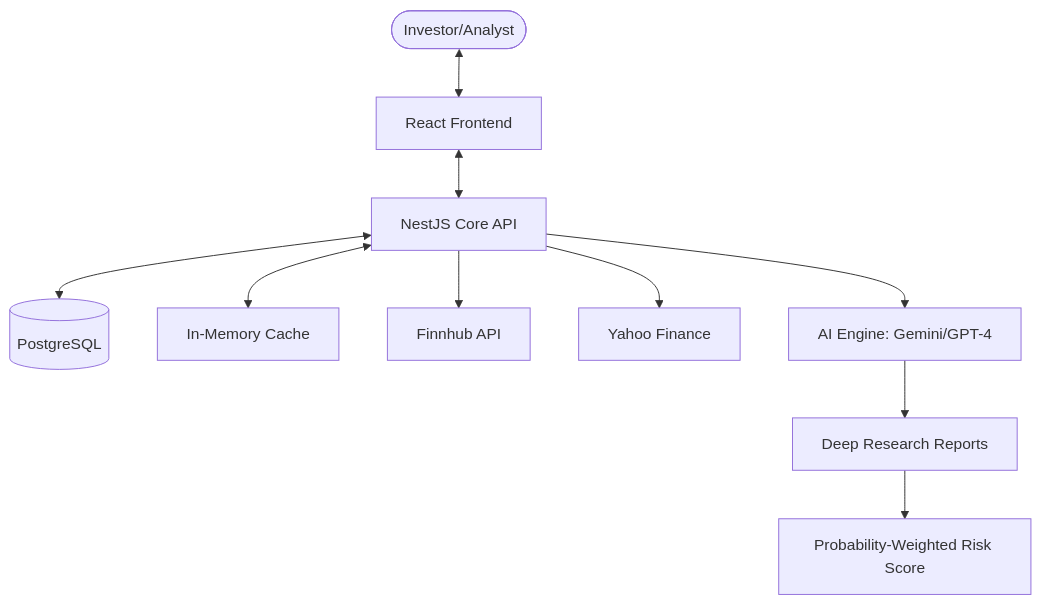
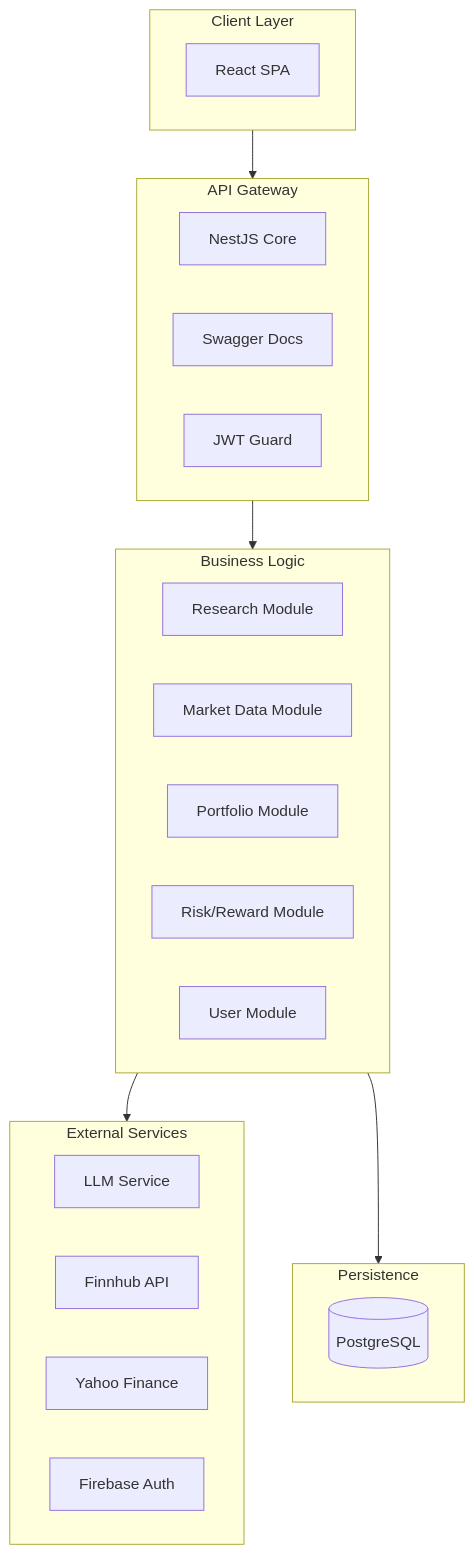
The first of 3 diagrams in README.md (404-Profit-Not-Found/neural-ticker-core), drawn with Mermaid before and after one commit. The commit also changed other lines of this file and 3 other files, not shown here.

````diff
--- a/README.md
+++ b/README.md
@@ -34,12 +25,36 @@
 ```mermaid
-graph TD
-    User([Investor/Analyst]) <--> FE[React Frontend]
-    FE <--> BE[NestJS Core API]
-    BE <--> DB[(PostgreSQL)]
-    BE <--> Redis[In-Memory Cache]
-    BE --> FH[Finnhub API]
-    BE --> YF[Yahoo Finance]
-    BE --> AI[AI Engine: Gemini/GPT-4]
-    AI --> Research[Deep Research Reports]
-    Research --> Scoring[Probability-Weighted Risk Score]
+flowchart TB
+    subgraph Client["Client Layer"]
+        WEB[React SPA]
+    end
+
+    subgraph Gateway["API Gateway"]
+        NEST[NestJS Core]
+        SWAGGER[Swagger Docs]
+        GUARD[JWT Guard]
+    end
+
+    subgraph Business["Business Logic"]
+        RESEARCH[Research Module]
+        MARKET[Market Data Module]
+        PORTFOLIO[Portfolio Module]
+        RISK[Risk/Reward Module]
+        USER[User Module]
+    end
+
+    subgraph External["External Services"]
+        LLM[LLM Service]
+        FINNHUB[Finnhub API]
+        YAHOO[Yahoo Finance]
+        FIREBASE[Firebase Auth]
+    end
+
+    subgraph Storage["Persistence"]
+        POSTGRES[(PostgreSQL)]
+    end
+
+    Client --> Gateway
+    Gateway --> Business
+    Business --> External
+    Business --> Storage
 ```
````
